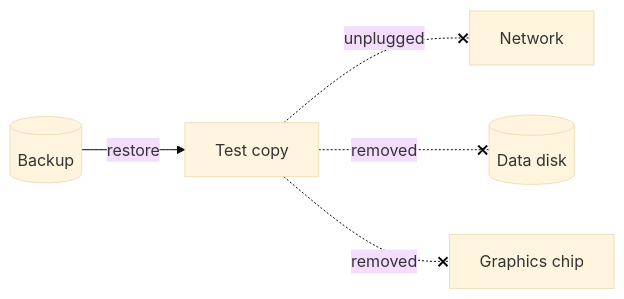
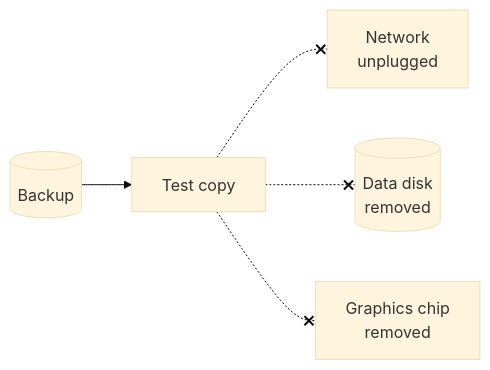
The diagram in content/posts/restored-a-backup.md (ernestopoca14/ernestopoca14.github.io), drawn with Mermaid (base theme) before and after one commit. The commit also changed 2 other files, not shown here.

Commit message:
Diagrams: labels inside the boxes, no text on arrows (#14)

````diff
--- a/content/posts/restored-a-backup.md
+++ b/content/posts/restored-a-backup.md
@@ -18,7 +18,7 @@
 ```mermaid
 flowchart LR
-  BK[(Backup)] -->|restore| C[Test copy]
-  C -.-x|unplugged| NET[Network]
-  C -.-x|removed| DATA[(Data disk)]
-  C -.-x|removed| GPU[Graphics chip]
+  BK[(Backup)] --> C[Test copy]
+  C -.-x NET[Network<br/>unplugged]
+  C -.-x DATA[(Data disk<br/>removed)]
+  C -.-x GPU[Graphics chip<br/>removed]
 ```
````
